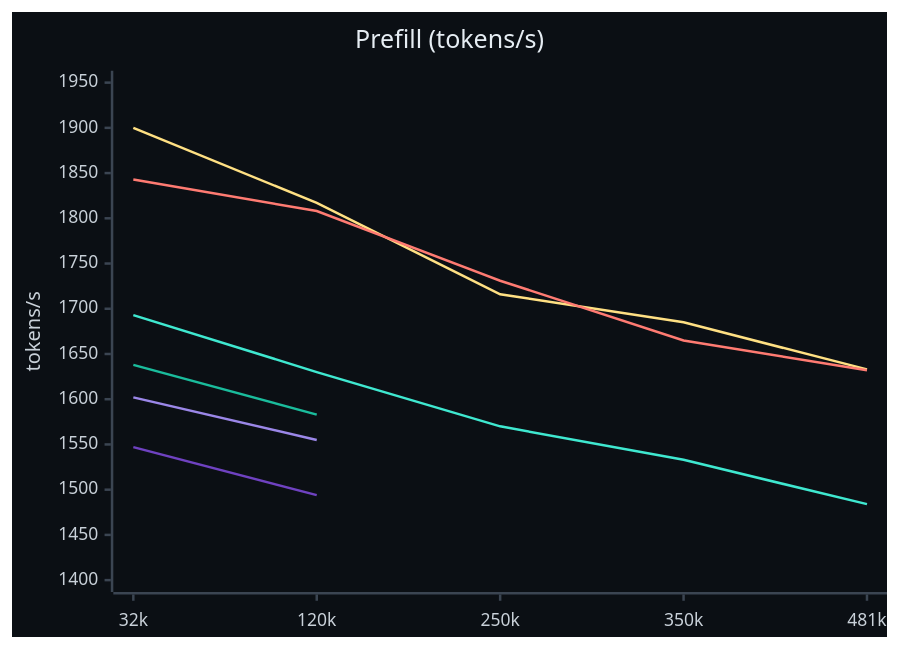
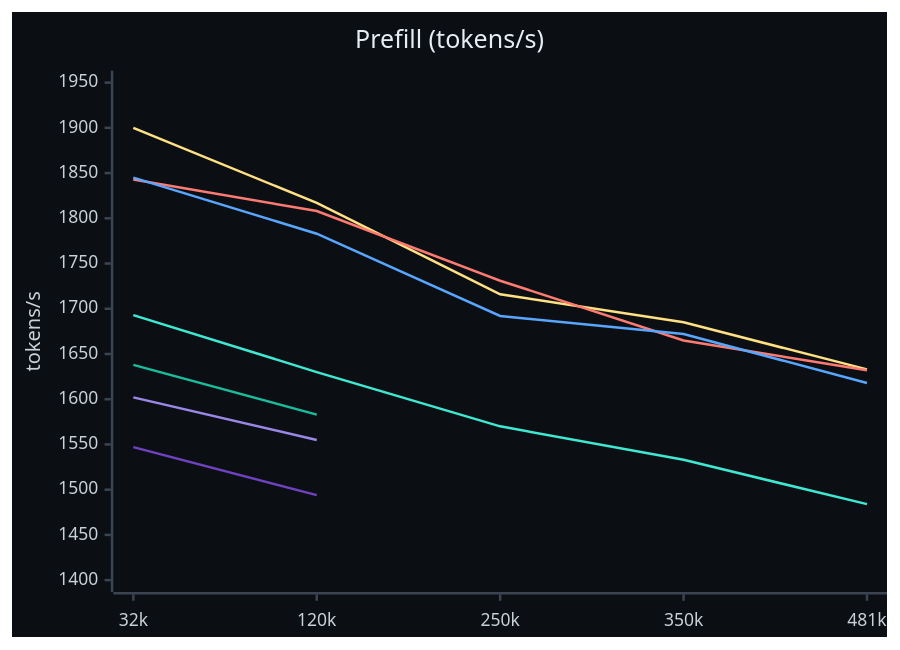
Before and after one commit to shawnshekari/strixite: the first of 2 diagrams in README.md, drawn with Mermaid. The commit also changed other lines of this file, not shown here.

````diff
--- a/README.md
+++ b/README.md
@@ -31,13 +32,14 @@
 ```mermaid
-%%{init: {"theme": "base", "themeVariables": {"xyChart": {"backgroundColor": "#0b0f14", "titleColor": "#e6edf3", "xAxisLabelColor": "#c9d1d9", "yAxisLabelColor": "#c9d1d9", "xAxisTitleColor": "#c9d1d9", "yAxisTitleColor": "#c9d1d9", "xAxisLineColor": "#3b4552", "yAxisLineColor": "#3b4552", "xAxisTickColor": "#3b4552", "yAxisTickColor": "#3b4552", "plotColorPalette": "#6f42c1, #9b87e8, #1abc9c, #3fe8d0, #ffe083, #ff7b72"}}}}%%
+%%{init: {"theme": "base", "themeVariables": {"xyChart": {"backgroundColor": "#0b0f14", "titleColor": "#e6edf3", "xAxisLabelColor": "#c9d1d9", "yAxisLabelColor": "#c9d1d9", "xAxisTitleColor": "#c9d1d9", "yAxisTitleColor": "#c9d1d9", "xAxisLineColor": "#3b4552", "yAxisLineColor": "#3b4552", "xAxisTickColor": "#3b4552", "yAxisTickColor": "#3b4552", "plotColorPalette": "#6f42c1, #9b87e8, #1abc9c, #3fe8d0, #ffe083, #ff7b72, #58a6ff"}}}}%%
 xychart-beta
     title "Prefill (tokens/s)"
     x-axis ["32k", "120k", "250k", "350k", "481k"]
     y-axis "tokens/s" 1400 --> 1950
     line [1547, 1494]
     line [1602, 1555]
     line [1638, 1583]
     line [1693, 1630, 1570, 1533, 1484]
     line [1900, 1817, 1716, 1685, 1633]
     line [1843, 1808, 1731, 1665, 1632]
+    line [1845, 1783, 1692, 1672, 1618]
 ```
````
